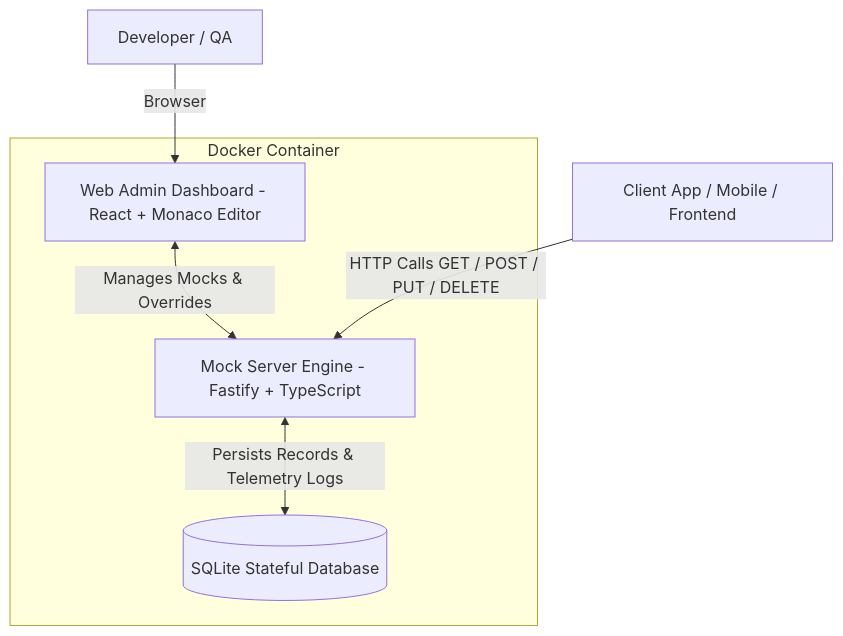
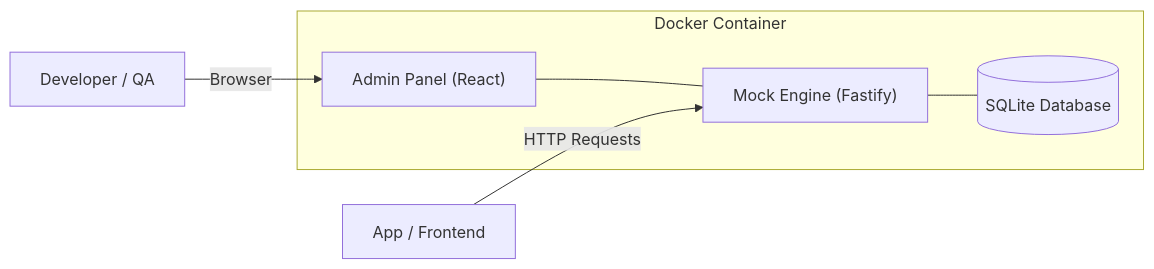
Before and after one commit to viniciusfurtado/mockforge: the diagram in README.md, drawn with Mermaid. The commit also changed 2 other files, not shown here.

Commit message:
fix: simplify Mermaid architecture diagram syntax for GitHub

````diff
--- a/README.md
+++ b/README.md
@@ -19,14 +19,14 @@
 ```mermaid
-flowchart TD
-    subgraph Container [Docker Container]
-        UI[Web Admin Dashboard - React + Monaco Editor]
-        API[Mock Server Engine - Fastify + TypeScript]
-        DB[(SQLite Stateful Database)]
+graph LR
+    subgraph Docker["Docker Container"]
+        UI["Admin Panel (React)"]
+        API["Mock Engine (Fastify)"]
+        DB[("SQLite Database")]
         
-        UI <-->|Manages Mocks & Overrides| API
-        API <-->|Persists Records & Telemetry Logs| DB
+        UI --- API
+        API --- DB
     end
 
-    Dev[Developer / QA] -->|Browser| UI
-    App[Client App / Mobile / Frontend] -->|HTTP Calls GET / POST / PUT / DELETE| API
+    User["Developer / QA"] -->|"Browser"| UI
+    App["App / Frontend"] -->|"HTTP Requests"| API
 ```
````
